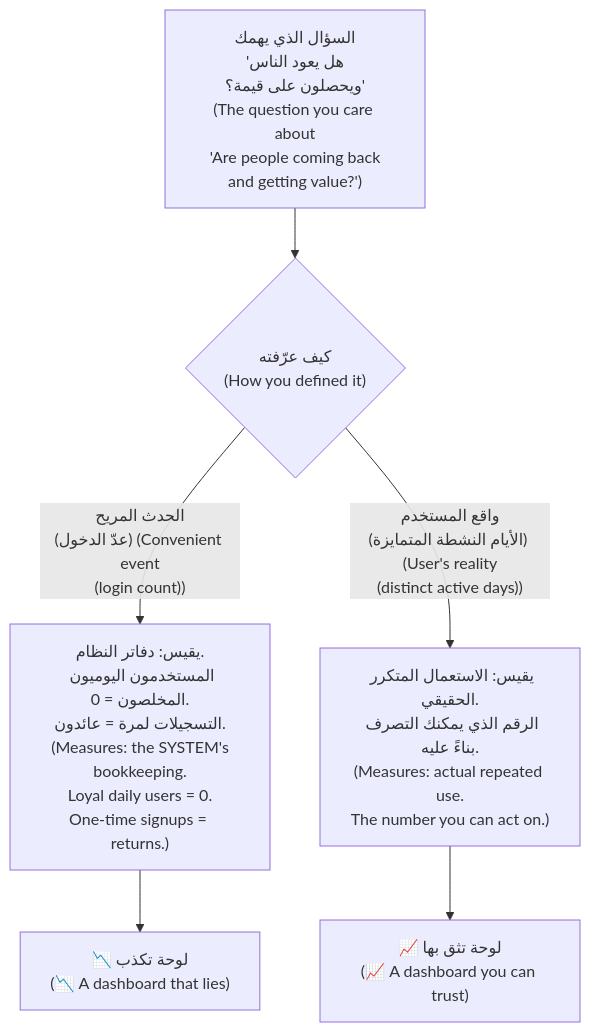
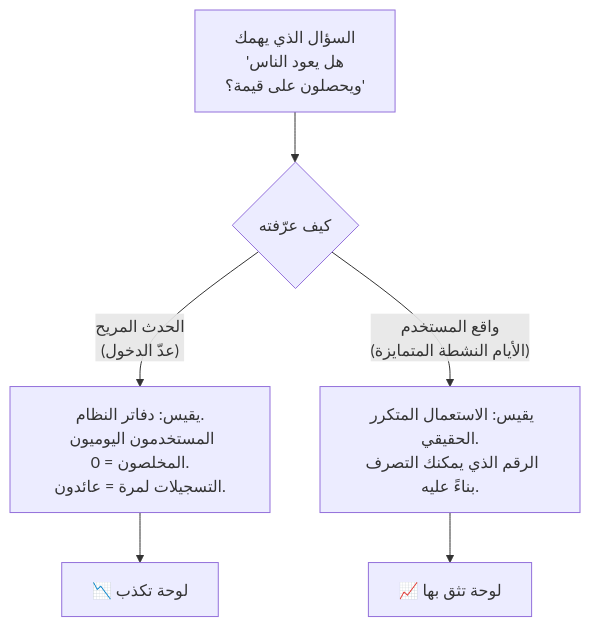
Before and after one commit to Tamoura/system-design-for-vibe-coders: the first of 6 diagrams in modules/07-observability/module.ar.md, drawn with Mermaid. The commit also changed other lines of this file and 551 other files, not shown here.

````diff
--- a/modules/07-observability/module.ar.md
+++ b/modules/07-observability/module.ar.md
@@ -47,8 +47,8 @@
 ```mermaid
 flowchart TD
-    Q["السؤال الذي يهمك<br/>'هل يعود الناس<br/>ويحصلون على قيمة؟'<br/>(The question you care about<br/>'Are people coming back<br/>and getting value?')"] --> D{"كيف عرّفته<br/>(How you defined it)"}
-    D -->|"الحدث المريح<br/>(عدّ الدخول) (Convenient event<br/>(login count))"| L["يقيس: دفاتر النظام.<br/>المستخدمون اليوميون المخلصون = 0.<br/>التسجيلات لمرة = عائدون.<br/>(Measures: the SYSTEM's<br/>bookkeeping.<br/>Loyal daily users = 0.<br/>One-time signups = returns.)"]
-    D -->|"واقع المستخدم<br/>(الأيام النشطة المتمايزة) (User's reality<br/>(distinct active days))"| R["يقيس: الاستعمال المتكرر الحقيقي.<br/>الرقم الذي يمكنك التصرف بناءً عليه.<br/>(Measures: actual repeated use.<br/>The number you can act on.)"]
-    L --> LIE["📉 لوحة تكذب<br/>(📉 A dashboard that lies)"]
-    R --> TRUTH["📈 لوحة تثق بها<br/>(📈 A dashboard you can trust)"]
+    Q["السؤال الذي يهمك<br/>'هل يعود الناس<br/>ويحصلون على قيمة؟'"] --> D{"كيف عرّفته"}
+    D -->|"الحدث المريح<br/>(عدّ الدخول)"| L["يقيس: دفاتر النظام.<br/>المستخدمون اليوميون المخلصون = 0.<br/>التسجيلات لمرة = عائدون."]
+    D -->|"واقع المستخدم<br/>(الأيام النشطة المتمايزة)"| R["يقيس: الاستعمال المتكرر الحقيقي.<br/>الرقم الذي يمكنك التصرف بناءً عليه."]
+    L --> LIE["📉 لوحة تكذب"]
+    R --> TRUTH["📈 لوحة تثق بها"]
 ```
````
